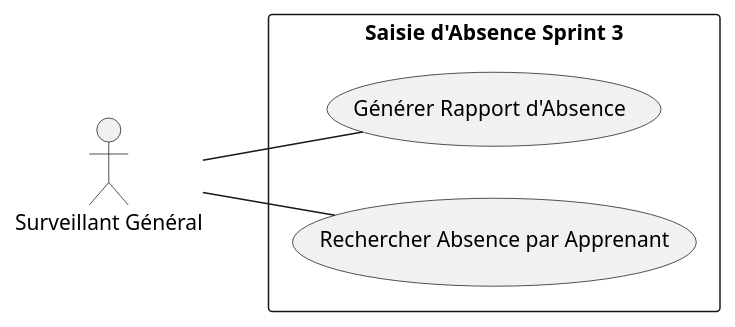
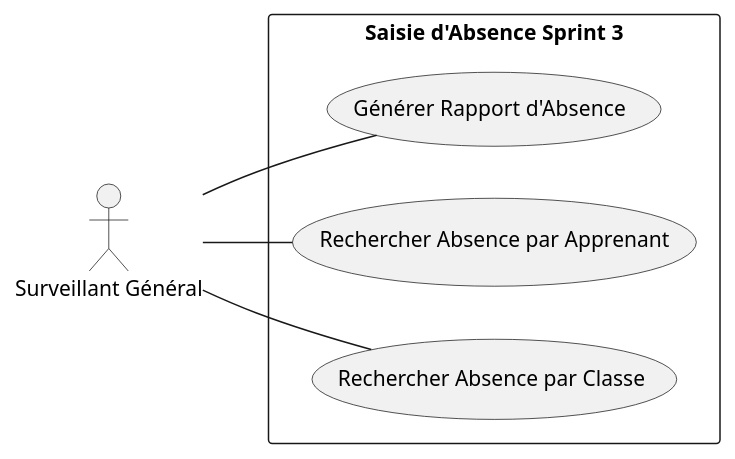
The diagram in Branche_fonctionnelle/Use_Cases/UseCases_Sprint_3.plantuml (DevZakariaAz/Projet_fil_rouge_v1), drawn with PlantUML before and after one commit. The commit also changed 7 other files, not shown here.

```diff
--- a/Branche_fonctionnelle/Use_Cases/UseCases_Sprint_3.plantuml
+++ b/Branche_fonctionnelle/Use_Cases/UseCases_Sprint_3.plantuml
@@ -1,14 +1,15 @@
 @startuml
 left to right direction
 
 actor "Surveillant Général" as SG
 
 rectangle "Saisie d'Absence Sprint 3" {
     usecase UC1 as "Générer Rapport d'Absence"
     usecase UC2 as "Rechercher Absence par Apprenant"
+    usecase UC3 as "Rechercher Absence par Classe"
 }
 
 SG -- UC1 
 SG -- UC2 
-
+SG -- UC3
 @enduml
```
